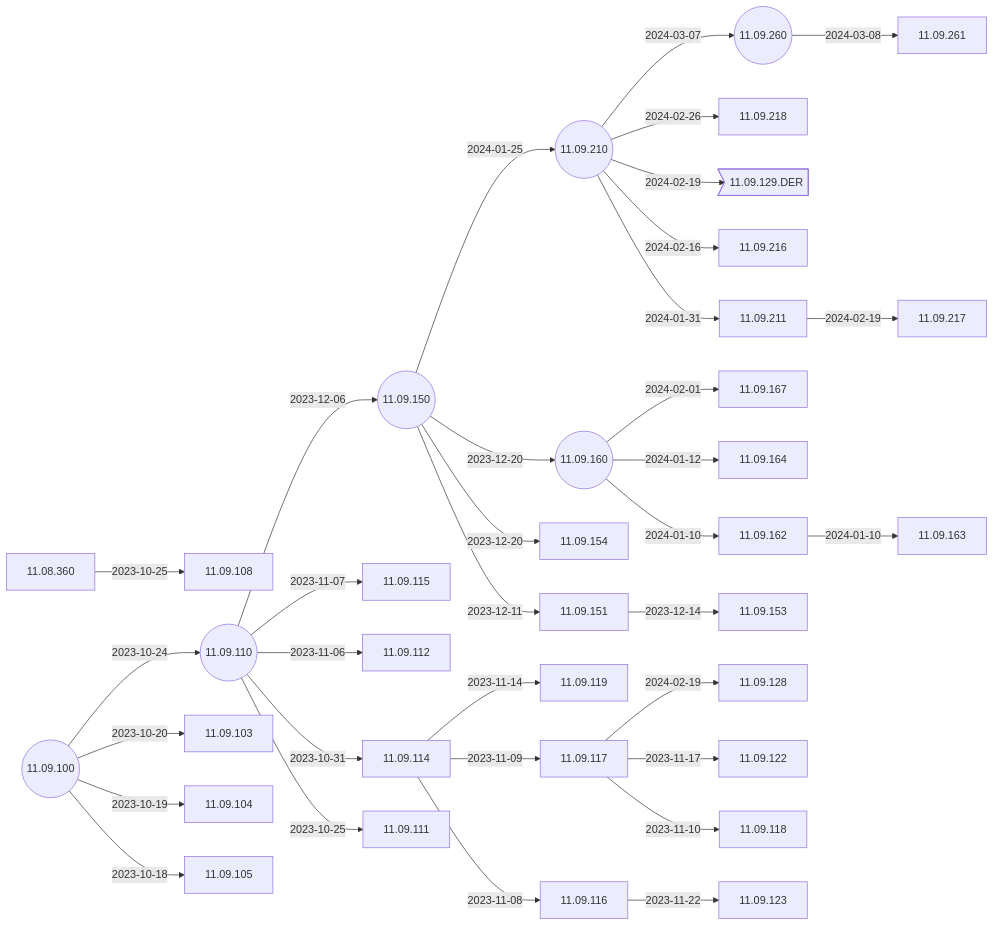
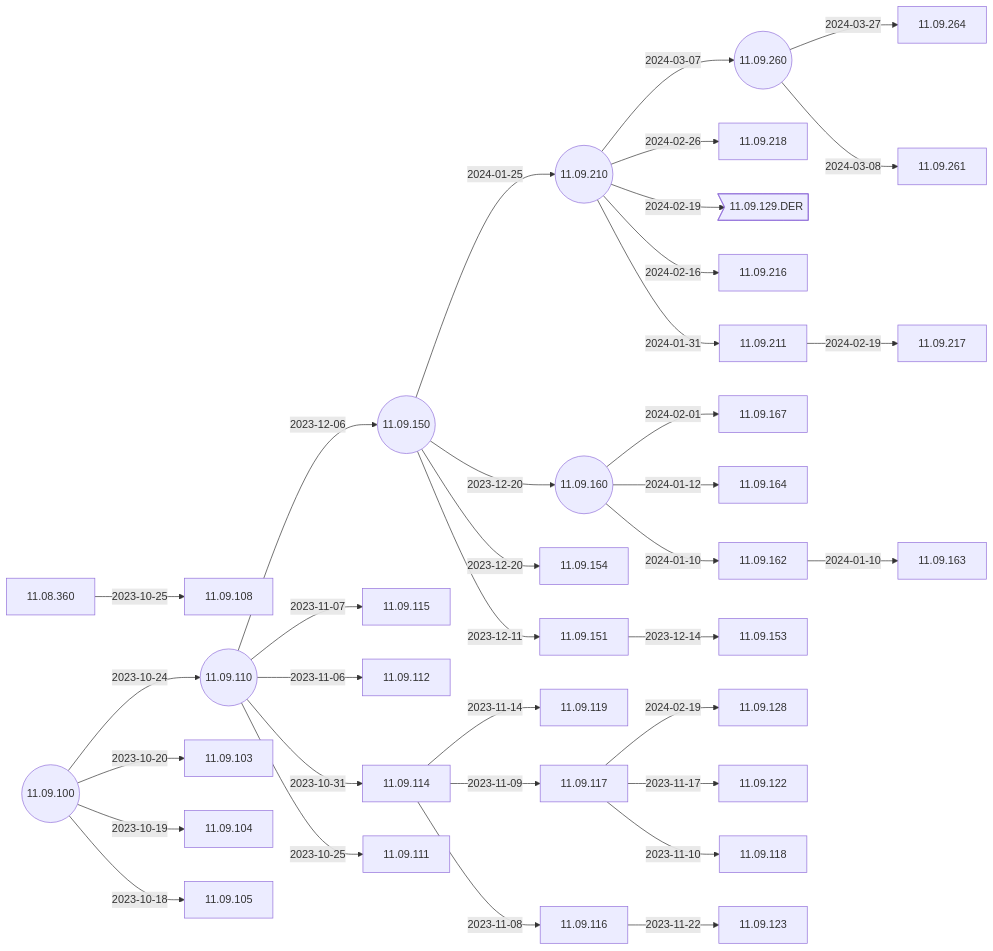
Before and after one commit to IGEL-Community/IGEL-Docs-v02: the second of 5 diagrams in docs/Docs/ReleaseNotes/01-OS11/README.md, drawn with Mermaid. The commit also changed 2 other files, not shown here.

Commit message:
11.09.264 < 11.09.260

````diff
--- a/docs/Docs/ReleaseNotes/01-OS11/README.md
+++ b/docs/Docs/ReleaseNotes/01-OS11/README.md
@@ -41,71 +41,72 @@
 ```mermaid
 flowchart LR
+    11.09.260-- 2024-03-27 -->11.09.264
     11.09.260-- 2024-03-08 -->11.09.261
     11.09.210-- 2024-03-07 -->11.09.260((11.09.260))
     11.09.210-- 2024-02-26 -->11.09.218
     11.09.210-- 2024-02-19 -->11.09.129.DER>11.09.129.DER]
     11.09.211-- 2024-02-19 -->11.09.217
     11.09.117-- 2024-02-19 -->11.09.128
     11.09.210-- 2024-02-16 -->11.09.216
     11.09.160-- 2024-02-01 -->11.09.167
     11.09.210-- 2024-01-31 -->11.09.211
     11.09.150-- 2024-01-25 -->11.09.210((11.09.210))
     11.09.162-- 2024-01-10 -->11.09.163
     11.09.160-- 2024-01-12 -->11.09.164
     11.09.160-- 2024-01-10 -->11.09.162
     11.09.150-- 2023-12-20 -->11.09.160((11.09.160))
     11.09.150-- 2023-12-20 -->11.09.154
     11.09.151-- 2023-12-14 -->11.09.153
     11.09.150-- 2023-12-11 -->11.09.151
     11.09.110-- 2023-12-06 -->11.09.150((11.09.150))
     11.09.116-- 2023-11-22 -->11.09.123
     11.09.117-- 2023-11-17 -->11.09.122
     11.09.114-- 2023-11-14 -->11.09.119
     11.09.117-- 2023-11-10 -->11.09.118
     11.09.114-- 2023-11-09 -->11.09.117
     11.09.114-- 2023-11-08 -->11.09.116
     11.09.110-- 2023-11-07 -->11.09.115
     11.09.110-- 2023-11-06 -->11.09.112
     11.09.110-- 2023-10-31 -->11.09.114
     11.08.360-- 2023-10-25 -->11.09.108
     11.09.110-- 2023-10-25 -->11.09.111
     11.09.100-- 2023-10-24 -->11.09.110((11.09.110))
     11.09.100-- 2023-10-20 -->11.09.103
     11.09.100-- 2023-10-19 -->11.09.104
     11.09.100-- 2023-10-18 -->11.09.105
     11.09.100((11.09.100))
     click 11.09.261 "https://github.com/IGEL-Community/IGEL-Docs-v02/tree/main/docs/Docs/ReleaseNotes/01-OS11/readme11.09.261.txt" _blank
     click 11.09.260 "https://github.com/IGEL-Community/IGEL-Docs-v02/tree/main/docs/Docs/ReleaseNotes/01-OS11/readme11.09.260.txt" _blank
     click 11.09.218 "https://github.com/IGEL-Community/IGEL-Docs-v02/tree/main/docs/Docs/ReleaseNotes/01-OS11/readme11.09.218.txt" _blank
     click 11.09.129.DER "https://github.com/IGEL-Community/IGEL-Docs-v02/tree/main/docs/Docs/ReleaseNotes/01-OS11/readme11.09.129.DER.txt" _blank
     click 11.09.217 "https://github.com/IGEL-Community/IGEL-Docs-v02/tree/main/docs/Docs/ReleaseNotes/01-OS11/readme11.09.217.txt" _blank
     click 11.09.128 "https://github.com/IGEL-Community/IGEL-Docs-v02/tree/main/docs/Docs/ReleaseNotes/01-OS11/readme11.09.128.txt" _blank
     click 11.09.216 "https://github.com/IGEL-Community/IGEL-Docs-v02/tree/main/docs/Docs/ReleaseNotes/01-OS11/readme11.09.216.txt" _blank
     click 11.09.167 "https://github.com/IGEL-Community/IGEL-Docs-v02/tree/main/docs/Docs/ReleaseNotes/01-OS11/readme11.09.167.txt" _blank
     click 11.09.211 "https://github.com/IGEL-Community/IGEL-Docs-v02/tree/main/docs/Docs/ReleaseNotes/01-OS11/readme11.09.211.txt" _blank
     click 11.09.210 "https://github.com/IGEL-Community/IGEL-Docs-v02/tree/main/docs/Docs/ReleaseNotes/01-OS11/readme11.09.210.txt" _blank
     click 11.09.163 "https://github.com/IGEL-Community/IGEL-Docs-v02/tree/main/docs/Docs/ReleaseNotes/01-OS11/readme11.09.163.txt" _blank
     click 11.09.164 "https://github.com/IGEL-Community/IGEL-Docs-v02/tree/main/docs/Docs/ReleaseNotes/01-OS11/readme11.09.164.txt" _blank
     click 11.09.162 "https://github.com/IGEL-Community/IGEL-Docs-v02/tree/main/docs/Docs/ReleaseNotes/01-OS11/readme11.09.162.txt" _blank
     click 11.09.160 "https://github.com/IGEL-Community/IGEL-Docs-v02/tree/main/docs/Docs/ReleaseNotes/01-OS11/readme11.09.160.txt" _blank
     click 11.09.154 "https://github.com/IGEL-Community/IGEL-Docs-v02/tree/main/docs/Docs/ReleaseNotes/01-OS11/readme11.09.154.txt" _blank
     click 11.09.153 "https://github.com/IGEL-Community/IGEL-Docs-v02/tree/main/docs/Docs/ReleaseNotes/01-OS11/readme11.09.153.txt" _blank
     click 11.09.151 "https://github.com/IGEL-Community/IGEL-Docs-v02/tree/main/docs/Docs/ReleaseNotes/01-OS11/readme11.09.151.txt" _blank
     click 11.09.150 "https://github.com/IGEL-Community/IGEL-Docs-v02/tree/main/docs/Docs/ReleaseNotes/01-OS11/readme11.09.150.txt" _blank
     click 11.09.123 "https://github.com/IGEL-Community/IGEL-Docs-v02/tree/main/docs/Docs/ReleaseNotes/01-OS11/readme11.09.123.txt" _blank
     click 11.09.122 "https://github.com/IGEL-Community/IGEL-Docs-v02/tree/main/docs/Docs/ReleaseNotes/01-OS11/readme11.09.122.txt" _blank
     click 11.09.119 "https://github.com/IGEL-Community/IGEL-Docs-v02/tree/main/docs/Docs/ReleaseNotes/01-OS11/readme11.09.119.txt" _blank
     click 11.09.118 "https://github.com/IGEL-Community/IGEL-Docs-v02/tree/main/docs/Docs/ReleaseNotes/01-OS11/readme11.09.118.txt" _blank
     click 11.09.117 "https://github.com/IGEL-Community/IGEL-Docs-v02/tree/main/docs/Docs/ReleaseNotes/01-OS11/readme11.09.117.txt" _blank
     click 11.09.116 "https://github.com/IGEL-Community/IGEL-Docs-v02/tree/main/docs/Docs/ReleaseNotes/01-OS11/readme11.09.116.txt" _blank
     click 11.09.115 "https://github.com/IGEL-Community/IGEL-Docs-v02/tree/main/docs/Docs/ReleaseNotes/01-OS11/readme11.09.115.txt" _blank
     click 11.09.112 "https://github.com/IGEL-Community/IGEL-Docs-v02/tree/main/docs/Docs/ReleaseNotes/01-OS11/readme11.09.112.txt" _blank
     click 11.09.114 "https://github.com/IGEL-Community/IGEL-Docs-v02/tree/main/docs/Docs/ReleaseNotes/01-OS11/readme11.09.114.txt" _blank
     click 11.09.108 "https://github.com/IGEL-Community/IGEL-Docs-v02/tree/main/docs/Docs/ReleaseNotes/01-OS11/readme11.09.108.txt" _blank
     click 11.09.111 "https://github.com/IGEL-Community/IGEL-Docs-v02/tree/main/docs/Docs/ReleaseNotes/01-OS11/readme11.09.111.txt" _blank
     click 11.09.110 "https://github.com/IGEL-Community/IGEL-Docs-v02/tree/main/docs/Docs/ReleaseNotes/01-OS11/readme11.09.110.txt" _blank
     click 11.09.103 "https://github.com/IGEL-Community/IGEL-Docs-v02/tree/main/docs/Docs/ReleaseNotes/01-OS11/readme11.09.103.txt" _blank
     click 11.09.104 "https://github.com/IGEL-Community/IGEL-Docs-v02/tree/main/docs/Docs/ReleaseNotes/01-OS11/readme11.09.104.txt" _blank
     click 11.09.105 "https://github.com/IGEL-Community/IGEL-Docs-v02/tree/main/docs/Docs/ReleaseNotes/01-OS11/readme11.09.105.txt" _blank
     click 11.09.100 "https://github.com/IGEL-Community/IGEL-Docs-v02/tree/main/docs/Docs/ReleaseNotes/01-OS11/readme11.09.100.txt" _blank
 ```
````
